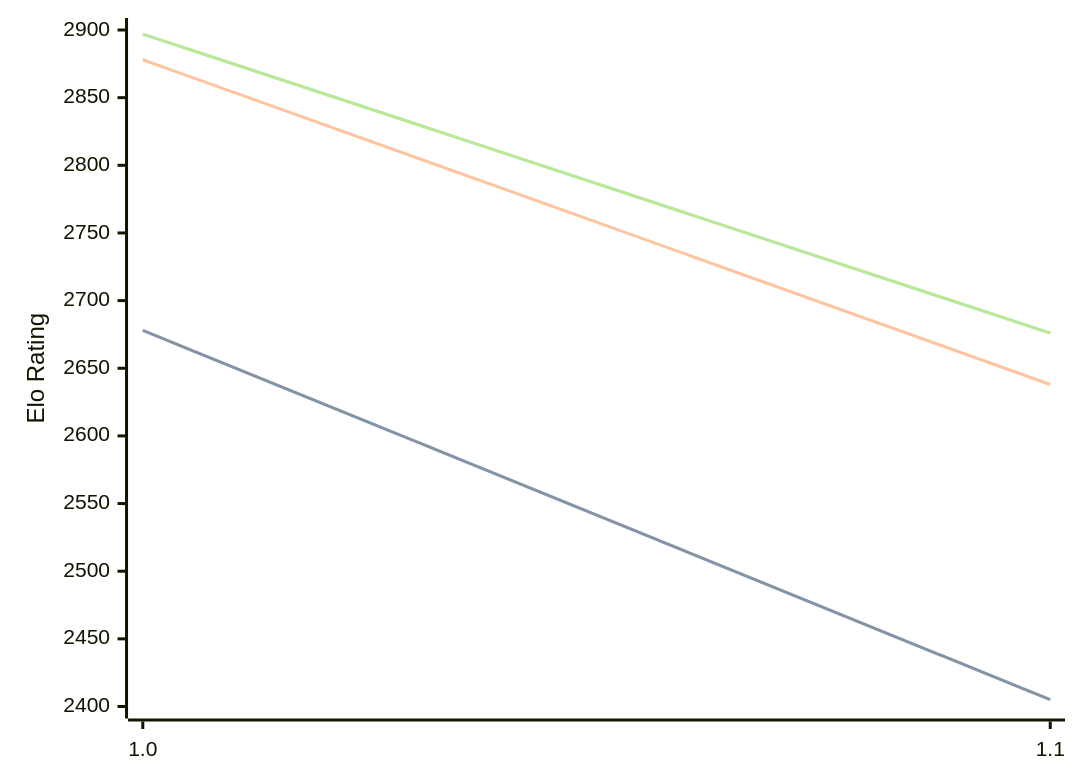
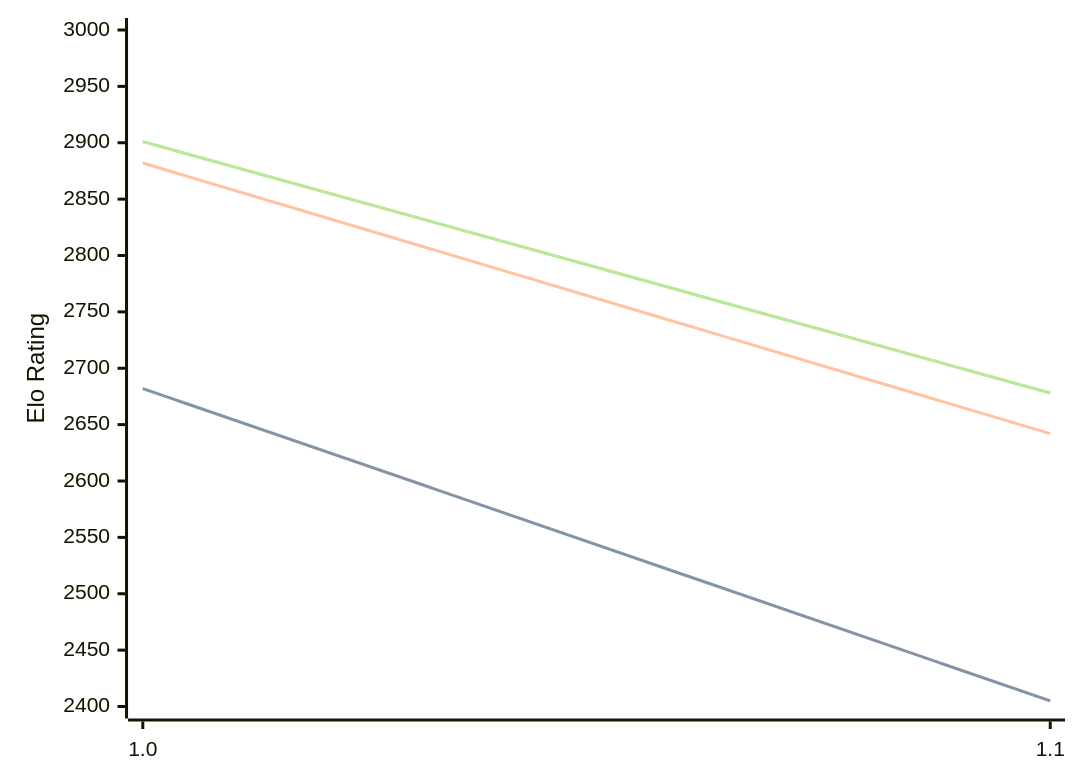
The diagram in engines/Publius.md (computer-chess-index/cci), drawn with Mermaid before and after one commit. The commit also changed other lines of this file, not shown here.

Commit message:
Update CCI Ratings (ELO VLTC) - 2026-02-24

````diff
--- a/engines/Publius.md
+++ b/engines/Publius.md
@@ -29,11 +29,11 @@
 ```mermaid
 %%{init: {"theme":"base","themeVariables":{"seriesColors:['#a3a3a3','#222221','#faa371']}}}%%
 xychart-beta
   x-axis ["1.0", "1.1"]
-  y-axis "Elo Rating" 2400 --> 2900
-  line "STC (8.0+0.08s)" [2678, 2405]
-  line "STC (8.0+0.08s)" [2678, 2405]
-  line "LTC (60.0+0.60s)" [2878, 2638]
-  line "VLTC (2m24s+1.12s)" [2897, 2676]
-  line "VLTC (2m24s+1.12s)" [2897, 2676]
+  y-axis "Elo Rating" 2400 --> 3000
+  line "STC (8.0+0.08s)" [2682, 2405]
+  line "STC (8.0+0.08s)" [2682, 2405]
+  line "LTC (60.0+0.60s)" [2882, 2642]
+  line "VLTC (2m24s+1.12s)" [2901, 2678]
+  line "VLTC (2m24s+1.12s)" [2901, 2678]
 ```
````
